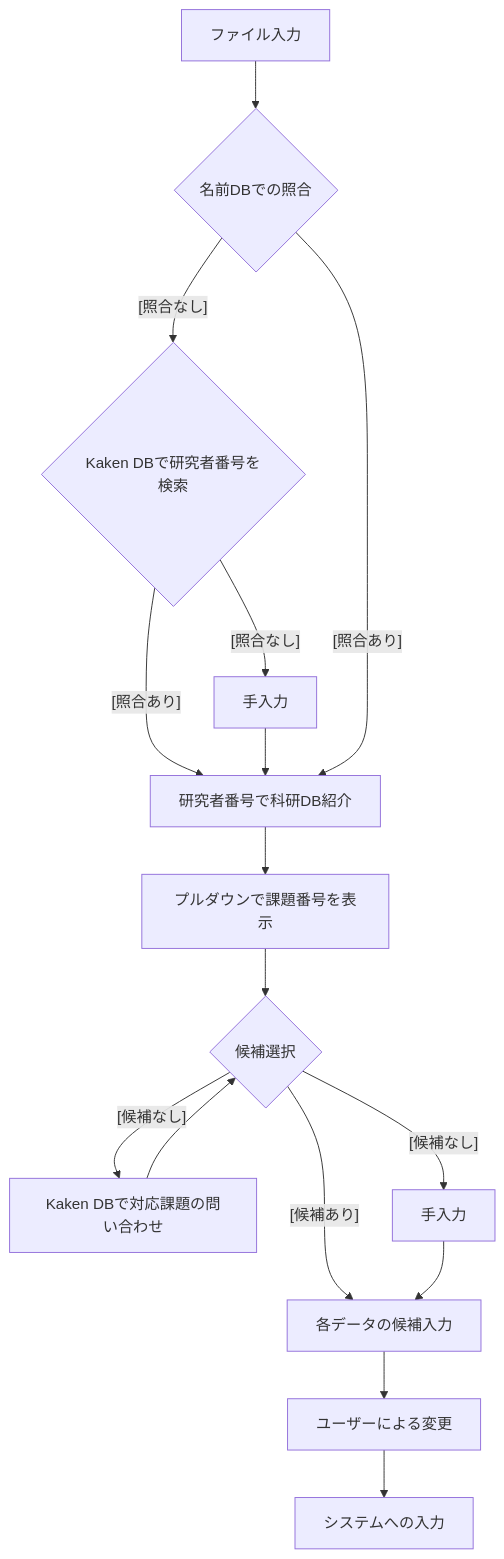
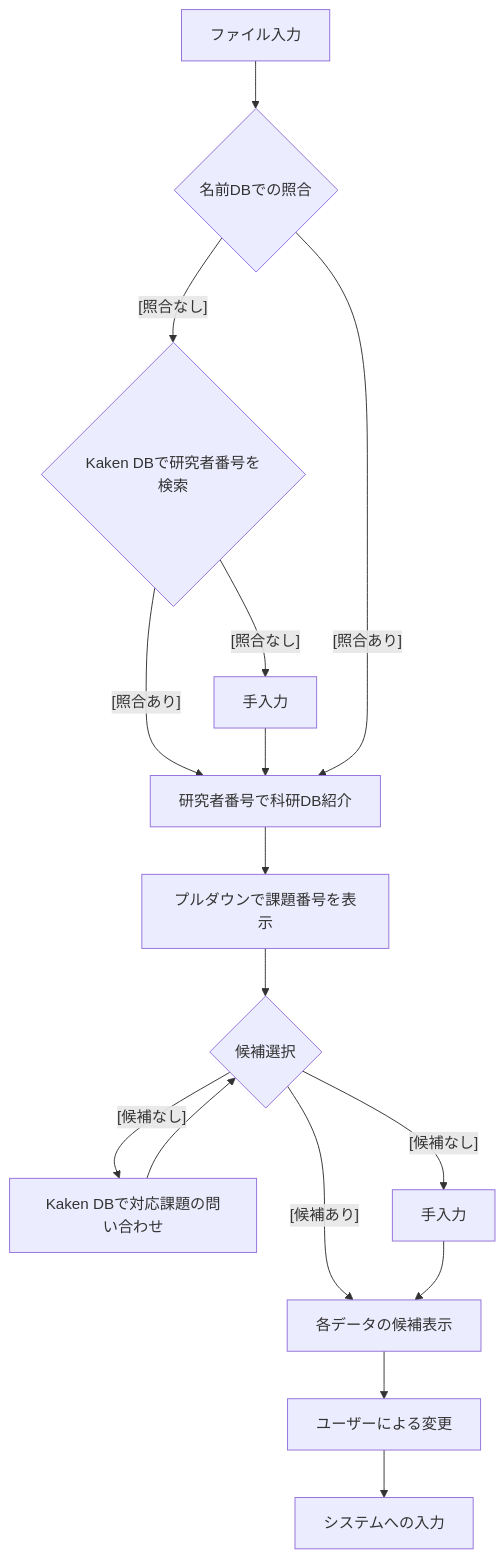
One commit to junta-m/Automated_Processing_of_Research_Supplies changed the diagram in README.md. Above: the diagram before and after it, drawn with Mermaid. The commit also changed 130 other files, not shown here.

````diff
--- a/README.md
+++ b/README.md
@@ -16,26 +16,26 @@
 ```mermaid
 graph TD;
 	A[ファイル入力]
 	B{名前DBでの照合}
 	A-->B;
 	B--[照合なし]-->BB{Kaken DBで研究者番号を検索}
 	BB--[照合あり]--> C;
 	BB--[照合なし]--> BBB[手入力];
 	BBB-->C;
 	B--[照合あり]--> C;
 	C[研究者番号で科研DB紹介]
 	C --> D;
 	D[プルダウンで課題番号を表示]
 	D --> E;
 	E{候補選択};
 	E --[候補なし]--> EE[Kaken DBで対応課題の問い合わせ];
 	EE --> E;
 	E --[候補なし]--> FF[手入力];
 	E --[候補あり]--> F;
 	FF --> F;
-	F[各データの候補入力]
+	F[各データの候補表示]
 	F --> G;
 	G[ユーザーによる変更]
 	G-->H;
 	H[システムへの入力]
 ```
````
